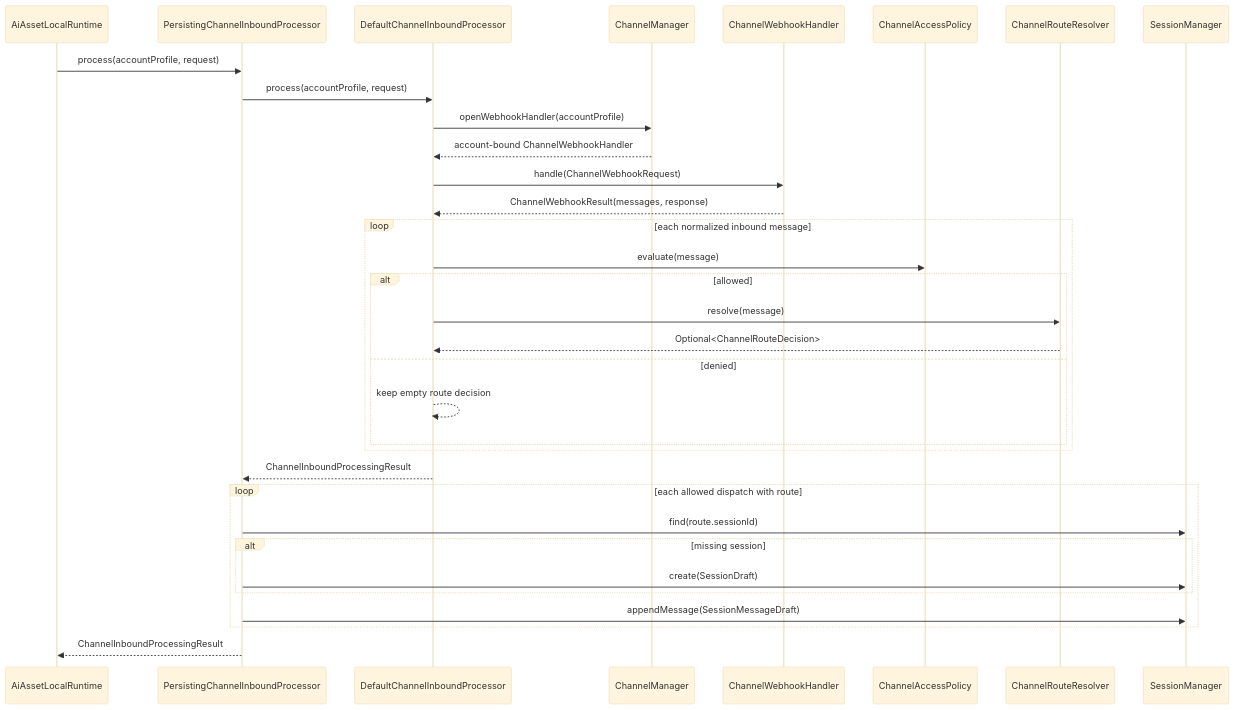
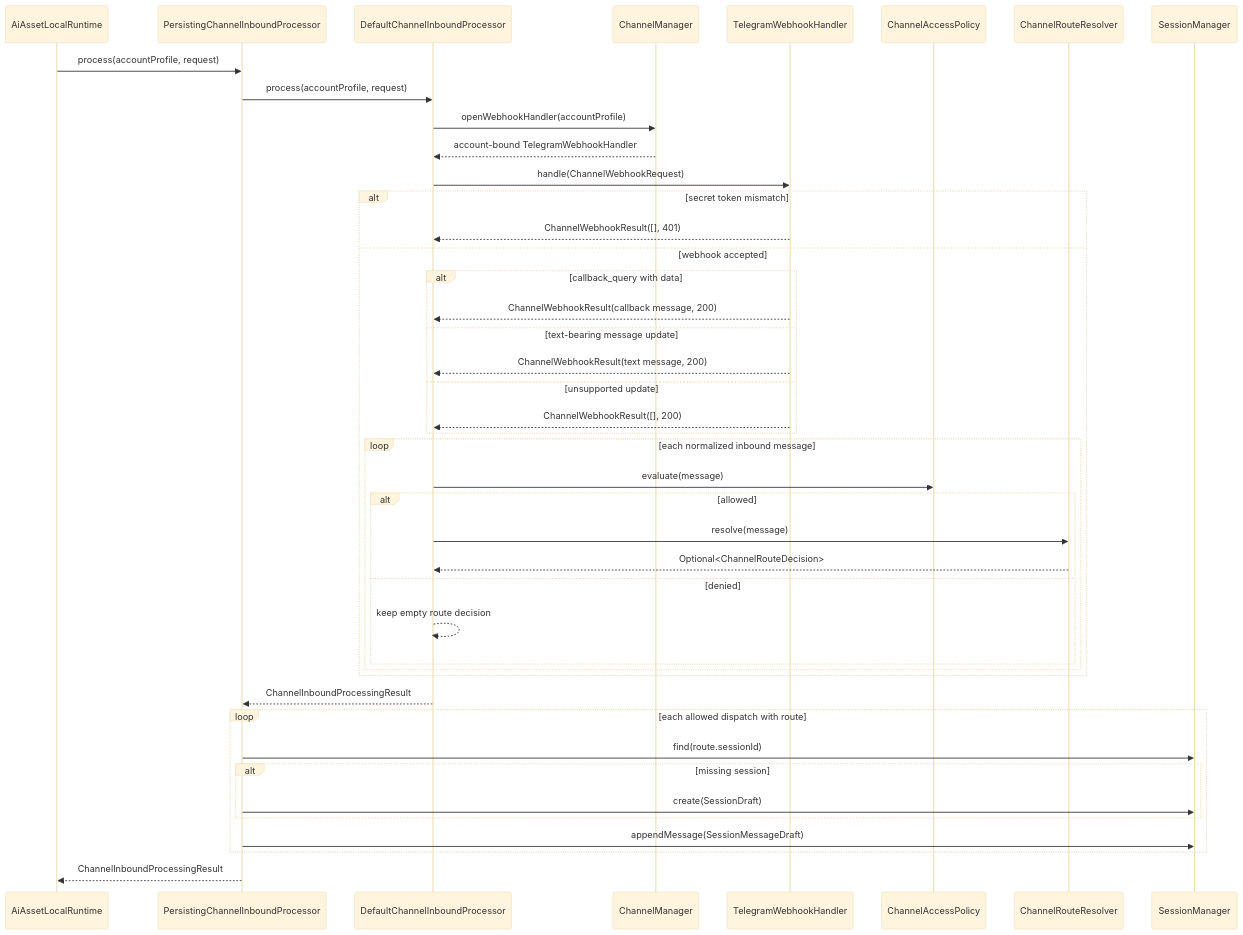
One commit to xinlangtao/IntentForge changed the first of 2 diagrams in docs/tasks/channel-runtime-module.md. Above: the diagram before and after it, drawn with Mermaid (base theme). The commit also changed other lines of this file, not shown here.

Commit message:
docs: close telegram webhook enhancement task

````diff
--- a/docs/tasks/channel-runtime-module.md
+++ b/docs/tasks/channel-runtime-module.md
@@ -147,35 +148,45 @@
 ```mermaid
 sequenceDiagram
     participant Runtime as AiAssetLocalRuntime
     participant Persistor as PersistingChannelInboundProcessor
     participant Processor as DefaultChannelInboundProcessor
     participant Manager as ChannelManager
-    participant Handler as ChannelWebhookHandler
+    participant Handler as TelegramWebhookHandler
     participant Access as ChannelAccessPolicy
     participant Route as ChannelRouteResolver
     participant Session as SessionManager
     Runtime->>Persistor: process(accountProfile, request)
     Persistor->>Processor: process(accountProfile, request)
     Processor->>Manager: openWebhookHandler(accountProfile)
-    Manager-->>Processor: account-bound ChannelWebhookHandler
+    Manager-->>Processor: account-bound TelegramWebhookHandler
     Processor->>Handler: handle(ChannelWebhookRequest)
-    Handler-->>Processor: ChannelWebhookResult(messages, response)
-    loop each normalized inbound message
-        Processor->>Access: evaluate(message)
-        alt allowed
-            Processor->>Route: resolve(message)
-            Route-->>Processor: Optional<ChannelRouteDecision>
-        else denied
-            Processor-->>Processor: keep empty route decision
+    alt secret token mismatch
+        Handler-->>Processor: ChannelWebhookResult([], 401)
+    else webhook accepted
+        alt callback_query with data
+            Handler-->>Processor: ChannelWebhookResult(callback message, 200)
+        else text-bearing message update
+            Handler-->>Processor: ChannelWebhookResult(text message, 200)
+        else unsupported update
+            Handler-->>Processor: ChannelWebhookResult([], 200)
+        end
+        loop each normalized inbound message
+            Processor->>Access: evaluate(message)
+            alt allowed
+                Processor->>Route: resolve(message)
+                Route-->>Processor: Optional<ChannelRouteDecision>
+            else denied
+                Processor-->>Processor: keep empty route decision
+            end
         end
     end
     Processor-->>Persistor: ChannelInboundProcessingResult
     loop each allowed dispatch with route
         Persistor->>Session: find(route.sessionId)
         alt missing session
             Persistor->>Session: create(SessionDraft)
         end
         Persistor->>Session: appendMessage(SessionMessageDraft)
     end
     Persistor-->>Runtime: ChannelInboundProcessingResult
 ```
````
